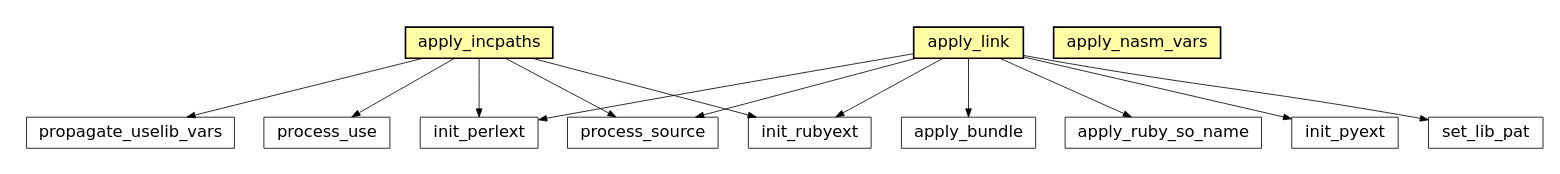
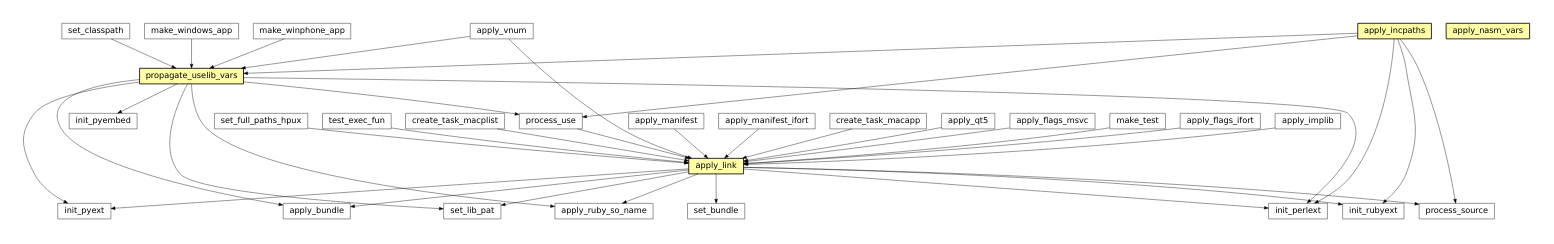
One commit to timb-machine-mirrors/gitlab-org-protocol-fuzzer-ce changed the second of 45 diagrams in build/waf/docs/sphinx/featuremap.rst. Above: the diagram before and after it, drawn with Graphviz. The commit also changed other lines of this file and 601 other files, not shown here.

```diff
--- a/build/waf/docs/sphinx/featuremap.rst
+++ b/build/waf/docs/sphinx/featuremap.rst
@@ -45,29 +66,71 @@
 .. graphviz::
 
 	digraph feature_asm {
-	size="8.0, 12.0";
-		"process_use" [style="setlinewidth(0.5)",URL="tools/ccroot.html#waflib.Tools.ccroot.process_use",fontname="Vera Sans, DejaVu Sans, Liberation Sans, Arial, Helvetica, sans",height=0.25,shape=box,fontsize=10];
-	"apply_nasm_vars" [style="setlinewidth(0.5)",URL="tools/nasm.html#waflib.Tools.nasm.apply_nasm_vars",fontname="Vera Sans, DejaVu Sans, Liberation Sans, Arial, Helvetica, sans",height=0.25,shape=box,fontsize=10,fillcolor="#fffea6",style=filled];
-	"init_perlext" [style="setlinewidth(0.5)",URL="tools/perl.html#waflib.Tools.perl.init_perlext",fontname="Vera Sans, DejaVu Sans, Liberation Sans, Arial, Helvetica, sans",height=0.25,shape=box,fontsize=10];
-	"apply_ruby_so_name" [style="setlinewidth(0.5)",URL="tools/ruby.html#waflib.Tools.ruby.apply_ruby_so_name",fontname="Vera Sans, DejaVu Sans, Liberation Sans, Arial, Helvetica, sans",height=0.25,shape=box,fontsize=10];
-	"process_source" [style="setlinewidth(0.5)",URL="TaskGen.html#waflib.TaskGen.process_source",fontname="Vera Sans, DejaVu Sans, Liberation Sans, Arial, Helvetica, sans",height=0.25,shape=box,fontsize=10];
-	"apply_incpaths" [style="setlinewidth(0.5)",URL="tools/ccroot.html#waflib.Tools.ccroot.apply_incpaths",fontname="Vera Sans, DejaVu Sans, Liberation Sans, Arial, Helvetica, sans",height=0.25,shape=box,fontsize=10,fillcolor="#fffea6",style=filled];
-	"apply_link" [style="setlinewidth(0.5)",URL="tools/ccroot.html#waflib.Tools.ccroot.apply_link",fontname="Vera Sans, DejaVu Sans, Liberation Sans, Arial, Helvetica, sans",height=0.25,shape=box,fontsize=10,fillcolor="#fffea6",style=filled];
-	"init_pyext" [style="setlinewidth(0.5)",URL="tools/python.html#waflib.Tools.python.init_pyext",fontname="Vera Sans, DejaVu Sans, Liberation Sans, Arial, Helvetica, sans",height=0.25,shape=box,fontsize=10];
-	"init_rubyext" [style="setlinewidth(0.5)",URL="tools/ruby.html#waflib.Tools.ruby.init_rubyext",fontname="Vera Sans, DejaVu Sans, Liberation Sans, Arial, Helvetica, sans",height=0.25,shape=box,fontsize=10];
-	"set_lib_pat" [style="setlinewidth(0.5)",URL="tools/fc_config.html#waflib.Tools.fc_config.set_lib_pat",fontname="Vera Sans, DejaVu Sans, Liberation Sans, Arial, Helvetica, sans",height=0.25,shape=box,fontsize=10];
-	"propagate_uselib_vars" [style="setlinewidth(0.5)",URL="tools/ccroot.html#waflib.Tools.ccroot.propagate_uselib_vars",fontname="Vera Sans, DejaVu Sans, Liberation Sans, Arial, Helvetica, sans",height=0.25,shape=box,fontsize=10];
-	"apply_bundle" [style="setlinewidth(0.5)",URL="tools/c_osx.html#waflib.Tools.c_osx.apply_bundle",fontname="Vera Sans, DejaVu Sans, Liberation Sans, Arial, Helvetica, sans",height=0.25,shape=box,fontsize=10];
-	"apply_incpaths" -> "propagate_uselib_vars" [arrowsize=0.5,style="setlinewidth(0.5)"];
-	"apply_incpaths" -> "process_source" [arrowsize=0.5,style="setlinewidth(0.5)"];
-	"apply_incpaths" -> "process_use" [arrowsize=0.5,style="setlinewidth(0.5)"];
-	"apply_incpaths" -> "init_rubyext" [arrowsize=0.5,style="setlinewidth(0.5)"];
-	"apply_incpaths" -> "init_perlext" [arrowsize=0.5,style="setlinewidth(0.5)"];
-	"apply_link" -> "apply_bundle" [arrowsize=0.5,style="setlinewidth(0.5)"];
-	"apply_link" -> "process_source" [arrowsize=0.5,style="setlinewidth(0.5)"];
-	"apply_link" -> "set_lib_pat" [arrowsize=0.5,style="setlinewidth(0.5)"];
-	"apply_link" -> "init_rubyext" [arrowsize=0.5,style="setlinewidth(0.5)"];
-	"apply_link" -> "apply_ruby_so_name" [arrowsize=0.5,style="setlinewidth(0.5)"];
-	"apply_link" -> "init_pyext" [arrowsize=0.5,style="setlinewidth(0.5)"];
-	"apply_link" -> "init_perlext" [arrowsize=0.5,style="setlinewidth(0.5)"];
+		size="8.0, 12.0";
+		"make_test" [style="setlinewidth(0.5)",URL="../tools/waf_unit_test.html#waflib.Tools.waf_unit_test.make_test",target="_top",fontname="Vera Sans, DejaVu Sans, Liberation Sans, Arial, Helvetica, sans",height=0.25,shape="rectangle",fontsize=10];
+		"apply_incpaths" [style="setlinewidth(0.5)",URL="../tools/ccroot.html#waflib.Tools.ccroot.apply_incpaths",target="_top",fontname="Vera Sans, DejaVu Sans, Liberation Sans, Arial, Helvetica, sans",height=0.25,shape="rectangle",fontsize=10,fillcolor="#fffea6",style=filled];
+		"set_bundle" [style="setlinewidth(0.5)",URL="../tools/python.html#waflib.Tools.python.set_bundle",target="_top",fontname="Vera Sans, DejaVu Sans, Liberation Sans, Arial, Helvetica, sans",height=0.25,shape="rectangle",fontsize=10];
+		"set_lib_pat" [style="setlinewidth(0.5)",URL="../tools/fc_config.html#waflib.Tools.fc_config.set_lib_pat",target="_top",fontname="Vera Sans, DejaVu Sans, Liberation Sans, Arial, Helvetica, sans",height=0.25,shape="rectangle",fontsize=10];
+		"apply_flags_ifort" [style="setlinewidth(0.5)",URL="../tools/ifort.html#waflib.Tools.ifort.apply_flags_ifort",target="_top",fontname="Vera Sans, DejaVu Sans, Liberation Sans, Arial, Helvetica, sans",height=0.25,shape="rectangle",fontsize=10];
+		"apply_bundle" [style="setlinewidth(0.5)",URL="../tools/c_osx.html#waflib.Tools.c_osx.apply_bundle",target="_top",fontname="Vera Sans, DejaVu Sans, Liberation Sans, Arial, Helvetica, sans",height=0.25,shape="rectangle",fontsize=10];
+		"process_use" [style="setlinewidth(0.5)",URL="../tools/ccroot.html#waflib.Tools.ccroot.process_use",target="_top",fontname="Vera Sans, DejaVu Sans, Liberation Sans, Arial, Helvetica, sans",height=0.25,shape="rectangle",fontsize=10];
+		"apply_implib" [style="setlinewidth(0.5)",URL="../tools/ccroot.html#waflib.Tools.ccroot.apply_implib",target="_top",fontname="Vera Sans, DejaVu Sans, Liberation Sans, Arial, Helvetica, sans",height=0.25,shape="rectangle",fontsize=10];
+		"apply_nasm_vars" [style="setlinewidth(0.5)",URL="../tools/nasm.html#waflib.Tools.nasm.apply_nasm_vars",target="_top",fontname="Vera Sans, DejaVu Sans, Liberation Sans, Arial, Helvetica, sans",height=0.25,shape="rectangle",fontsize=10,fillcolor="#fffea6",style=filled];
+		"apply_ruby_so_name" [style="setlinewidth(0.5)",URL="../tools/ruby.html#waflib.Tools.ruby.apply_ruby_so_name",target="_top",fontname="Vera Sans, DejaVu Sans, Liberation Sans, Arial, Helvetica, sans",height=0.25,shape="rectangle",fontsize=10];
+		"set_full_paths_hpux" [style="setlinewidth(0.5)",URL="../tools/ccroot.html#waflib.Tools.ccroot.set_full_paths_hpux",target="_top",fontname="Vera Sans, DejaVu Sans, Liberation Sans, Arial, Helvetica, sans",height=0.25,shape="rectangle",fontsize=10];
+		"test_exec_fun" [style="setlinewidth(0.5)",URL="../tools/c_config.html#waflib.Tools.c_config.test_exec_fun",target="_top",fontname="Vera Sans, DejaVu Sans, Liberation Sans, Arial, Helvetica, sans",height=0.25,shape="rectangle",fontsize=10];
+		"apply_link" [style="setlinewidth(0.5)",URL="../tools/ccroot.html#waflib.Tools.ccroot.apply_link",target="_top",fontname="Vera Sans, DejaVu Sans, Liberation Sans, Arial, Helvetica, sans",height=0.25,shape="rectangle",fontsize=10,fillcolor="#fffea6",style=filled];
+		"init_pyext" [style="setlinewidth(0.5)",URL="../tools/python.html#waflib.Tools.python.init_pyext",target="_top",fontname="Vera Sans, DejaVu Sans, Liberation Sans, Arial, Helvetica, sans",height=0.25,shape="rectangle",fontsize=10];
+		"init_rubyext" [style="setlinewidth(0.5)",URL="../tools/ruby.html#waflib.Tools.ruby.init_rubyext",target="_top",fontname="Vera Sans, DejaVu Sans, Liberation Sans, Arial, Helvetica, sans",height=0.25,shape="rectangle",fontsize=10];
+		"apply_vnum" [style="setlinewidth(0.5)",URL="../tools/ccroot.html#waflib.Tools.ccroot.apply_vnum",target="_top",fontname="Vera Sans, DejaVu Sans, Liberation Sans, Arial, Helvetica, sans",height=0.25,shape="rectangle",fontsize=10];
+		"create_task_macplist" [style="setlinewidth(0.5)",URL="../tools/c_osx.html#waflib.Tools.c_osx.create_task_macplist",target="_top",fontname="Vera Sans, DejaVu Sans, Liberation Sans, Arial, Helvetica, sans",height=0.25,shape="rectangle",fontsize=10];
+		"make_windows_app" [style="setlinewidth(0.5)",URL="../tools/msvc.html#waflib.Tools.msvc.make_windows_app",target="_top",fontname="Vera Sans, DejaVu Sans, Liberation Sans, Arial, Helvetica, sans",height=0.25,shape="rectangle",fontsize=10];
+		"apply_manifest" [style="setlinewidth(0.5)",URL="../tools/msvc.html#waflib.Tools.msvc.apply_manifest",target="_top",fontname="Vera Sans, DejaVu Sans, Liberation Sans, Arial, Helvetica, sans",height=0.25,shape="rectangle",fontsize=10];
+		"process_source" [style="setlinewidth(0.5)",URL="../TaskGen.html#waflib.TaskGen.process_source",target="_top",fontname="Vera Sans, DejaVu Sans, Liberation Sans, Arial, Helvetica, sans",height=0.25,shape="rectangle",fontsize=10];
+		"apply_manifest_ifort" [style="setlinewidth(0.5)",URL="../tools/ifort.html#waflib.Tools.ifort.apply_manifest_ifort",target="_top",fontname="Vera Sans, DejaVu Sans, Liberation Sans, Arial, Helvetica, sans",height=0.25,shape="rectangle",fontsize=10];
+		"make_winphone_app" [style="setlinewidth(0.5)",URL="../tools/msvc.html#waflib.Tools.msvc.make_winphone_app",target="_top",fontname="Vera Sans, DejaVu Sans, Liberation Sans, Arial, Helvetica, sans",height=0.25,shape="rectangle",fontsize=10];
+		"set_classpath" [style="setlinewidth(0.5)",URL="../tools/javaw.html#waflib.Tools.javaw.set_classpath",target="_top",fontname="Vera Sans, DejaVu Sans, Liberation Sans, Arial, Helvetica, sans",height=0.25,shape="rectangle",fontsize=10];
+		"init_pyembed" [style="setlinewidth(0.5)",URL="../tools/python.html#waflib.Tools.python.init_pyembed",target="_top",fontname="Vera Sans, DejaVu Sans, Liberation Sans, Arial, Helvetica, sans",height=0.25,shape="rectangle",fontsize=10];
+		"init_perlext" [style="setlinewidth(0.5)",URL="../tools/perl.html#waflib.Tools.perl.init_perlext",target="_top",fontname="Vera Sans, DejaVu Sans, Liberation Sans, Arial, Helvetica, sans",height=0.25,shape="rectangle",fontsize=10];
+		"create_task_macapp" [style="setlinewidth(0.5)",URL="../tools/c_osx.html#waflib.Tools.c_osx.create_task_macapp",target="_top",fontname="Vera Sans, DejaVu Sans, Liberation Sans, Arial, Helvetica, sans",height=0.25,shape="rectangle",fontsize=10];
+		"apply_qt5" [style="setlinewidth(0.5)",URL="../tools/qt5.html#waflib.Tools.qt5.apply_qt5",target="_top",fontname="Vera Sans, DejaVu Sans, Liberation Sans, Arial, Helvetica, sans",height=0.25,shape="rectangle",fontsize=10];
+		"apply_flags_msvc" [style="setlinewidth(0.5)",URL="../tools/msvc.html#waflib.Tools.msvc.apply_flags_msvc",target="_top",fontname="Vera Sans, DejaVu Sans, Liberation Sans, Arial, Helvetica, sans",height=0.25,shape="rectangle",fontsize=10];
+		"propagate_uselib_vars" [style="setlinewidth(0.5)",URL="../tools/ccroot.html#waflib.Tools.ccroot.propagate_uselib_vars",target="_top",fontname="Vera Sans, DejaVu Sans, Liberation Sans, Arial, Helvetica, sans",height=0.25,shape="rectangle",fontsize=10,fillcolor="#fffea6",style=filled];
+		"make_test" -> "apply_link" [arrowsize=0.5,style="setlinewidth(0.5)"];
+		"apply_incpaths" -> "propagate_uselib_vars" [arrowsize=0.5,style="setlinewidth(0.5)"];
+		"apply_incpaths" -> "process_source" [arrowsize=0.5,style="setlinewidth(0.5)"];
+		"apply_incpaths" -> "process_use" [arrowsize=0.5,style="setlinewidth(0.5)"];
+		"apply_incpaths" -> "init_rubyext" [arrowsize=0.5,style="setlinewidth(0.5)"];
+		"apply_incpaths" -> "init_perlext" [arrowsize=0.5,style="setlinewidth(0.5)"];
+		"apply_flags_ifort" -> "apply_link" [arrowsize=0.5,style="setlinewidth(0.5)"];
+		"process_use" -> "apply_link" [arrowsize=0.5,style="setlinewidth(0.5)"];
+		"apply_qt5" -> "apply_link" [arrowsize=0.5,style="setlinewidth(0.5)"];
+		"set_full_paths_hpux" -> "apply_link" [arrowsize=0.5,style="setlinewidth(0.5)"];
+		"apply_link" -> "apply_bundle" [arrowsize=0.5,style="setlinewidth(0.5)"];
+		"apply_link" -> "process_source" [arrowsize=0.5,style="setlinewidth(0.5)"];
+		"apply_link" -> "set_lib_pat" [arrowsize=0.5,style="setlinewidth(0.5)"];
+		"apply_link" -> "init_rubyext" [arrowsize=0.5,style="setlinewidth(0.5)"];
+		"apply_link" -> "apply_ruby_so_name" [arrowsize=0.5,style="setlinewidth(0.5)"];
+		"apply_link" -> "init_perlext" [arrowsize=0.5,style="setlinewidth(0.5)"];
+		"apply_link" -> "init_pyext" [arrowsize=0.5,style="setlinewidth(0.5)"];
+		"apply_link" -> "set_bundle" [arrowsize=0.5,style="setlinewidth(0.5)"];
+		"apply_vnum" -> "apply_link" [arrowsize=0.5,style="setlinewidth(0.5)"];
+		"apply_vnum" -> "propagate_uselib_vars" [arrowsize=0.5,style="setlinewidth(0.5)"];
+		"create_task_macplist" -> "apply_link" [arrowsize=0.5,style="setlinewidth(0.5)"];
+		"make_windows_app" -> "propagate_uselib_vars" [arrowsize=0.5,style="setlinewidth(0.5)"];
+		"apply_manifest" -> "apply_link" [arrowsize=0.5,style="setlinewidth(0.5)"];
+		"test_exec_fun" -> "apply_link" [arrowsize=0.5,style="setlinewidth(0.5)"];
+		"apply_manifest_ifort" -> "apply_link" [arrowsize=0.5,style="setlinewidth(0.5)"];
+		"make_winphone_app" -> "propagate_uselib_vars" [arrowsize=0.5,style="setlinewidth(0.5)"];
+		"set_classpath" -> "propagate_uselib_vars" [arrowsize=0.5,style="setlinewidth(0.5)"];
+		"create_task_macapp" -> "apply_link" [arrowsize=0.5,style="setlinewidth(0.5)"];
+		"apply_implib" -> "apply_link" [arrowsize=0.5,style="setlinewidth(0.5)"];
+		"apply_flags_msvc" -> "apply_link" [arrowsize=0.5,style="setlinewidth(0.5)"];
+		"propagate_uselib_vars" -> "apply_bundle" [arrowsize=0.5,style="setlinewidth(0.5)"];
+		"propagate_uselib_vars" -> "process_use" [arrowsize=0.5,style="setlinewidth(0.5)"];
+		"propagate_uselib_vars" -> "set_lib_pat" [arrowsize=0.5,style="setlinewidth(0.5)"];
+		"propagate_uselib_vars" -> "apply_ruby_so_name" [arrowsize=0.5,style="setlinewidth(0.5)"];
+		"propagate_uselib_vars" -> "init_perlext" [arrowsize=0.5,style="setlinewidth(0.5)"];
+		"propagate_uselib_vars" -> "init_pyext" [arrowsize=0.5,style="setlinewidth(0.5)"];
+		"propagate_uselib_vars" -> "init_pyembed" [arrowsize=0.5,style="setlinewidth(0.5)"];
 	}
```
